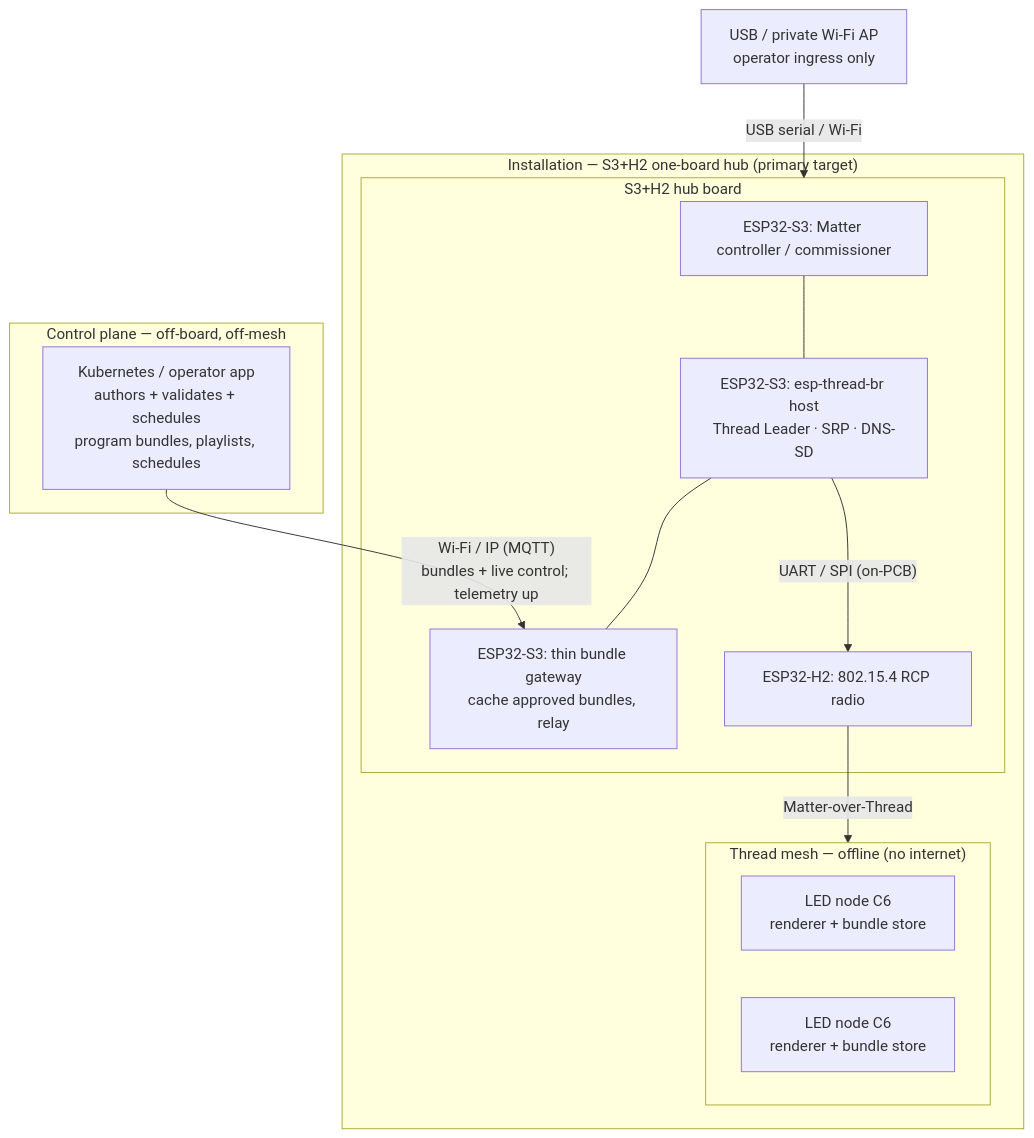
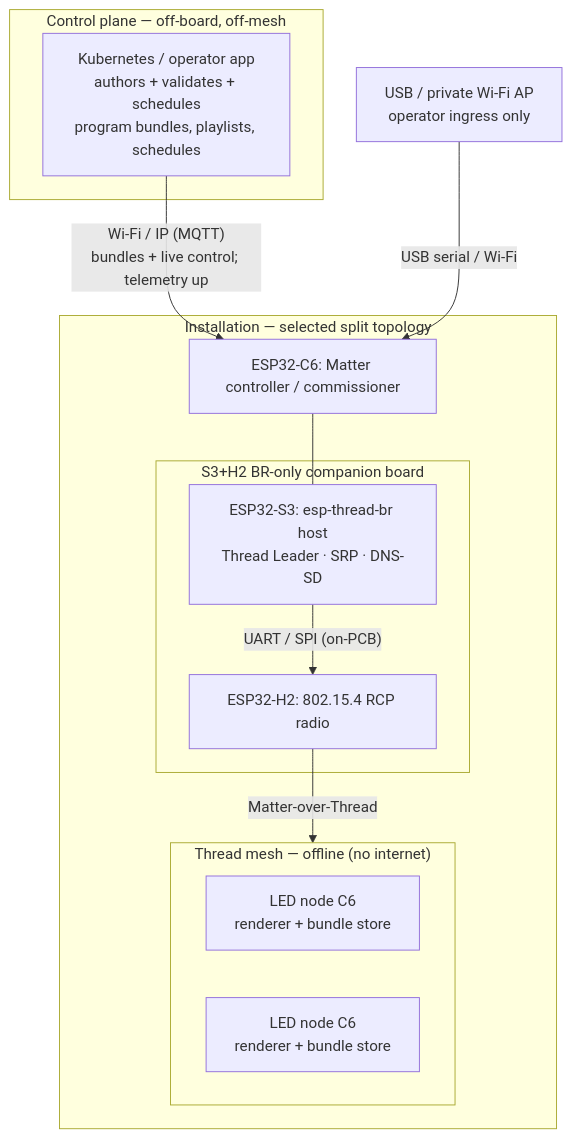
The diagram in docs/architecture.md (yaminsadik/led-orchestra), drawn with Mermaid before and after one commit. The commit also changed other lines of this file and 26 other files, not shown here.

````diff
--- a/docs/architecture.md
+++ b/docs/architecture.md
@@ -105,28 +103,28 @@
 ```mermaid
 flowchart TB
     subgraph cp["Control plane — off-board, off-mesh"]
         k8s["Kubernetes / operator app<br/>authors + validates + schedules<br/>program bundles, playlists, schedules"]
     end
 
-    subgraph site["Installation — S3+H2 one-board hub (primary target)"]
-        subgraph hub["S3+H2 hub board"]
-            ctrl["ESP32-S3: Matter controller / commissioner"]
+    subgraph site["Installation — selected split topology"]
+        ctrl["ESP32-C6: Matter controller / commissioner"]
+
+        subgraph hub["S3+H2 BR-only companion board"]
             br["ESP32-S3: esp-thread-br host<br/>Thread Leader · SRP · DNS-SD"]
-            gw["ESP32-S3: thin bundle gateway<br/>cache approved bundles, relay"]
             rcp["ESP32-H2: 802.15.4 RCP radio"]
         end
 
         subgraph mesh["Thread mesh — offline (no internet)"]
             led1["LED node C6<br/>renderer + bundle store"]
             led2["LED node C6<br/>renderer + bundle store"]
         end
     end
 
     laptop["USB / private Wi-Fi AP<br/>operator ingress only"]
 
-    k8s -- "Wi-Fi / IP (MQTT)<br/>bundles + live control; telemetry up" --> gw
-    laptop -- "USB serial / Wi-Fi" --> hub
+    k8s -- "Wi-Fi / IP (MQTT)<br/>bundles + live control; telemetry up" --> ctrl
+    laptop -- "USB serial / Wi-Fi" --> ctrl
     br -- "UART / SPI (on-PCB)" --> rcp
     rcp -- "Matter-over-Thread" --> mesh
-    ctrl --- br --- gw
+    ctrl --- br
 ```
````
